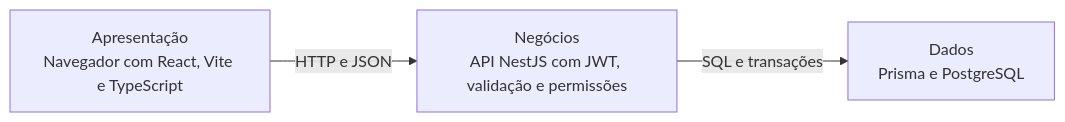
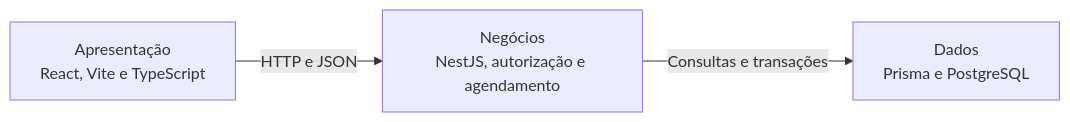
Before and after one commit to lucascp05/agenda-engenheiro-civil: the diagram in README.md, drawn with Mermaid. The commit also changed other lines of this file and 17 other files, not shown here.

````diff
--- a/README.md
+++ b/README.md
@@ -57,8 +44,8 @@
 ```mermaid
 flowchart LR
-  A["Apresentação<br/>Navegador com React, Vite e TypeScript"]
-  B["Negócios<br/>API NestJS com JWT, validação e permissões"]
+  A["Apresentação<br/>React, Vite e TypeScript"]
+  B["Negócios<br/>NestJS, autorização e agendamento"]
   C["Dados<br/>Prisma e PostgreSQL"]
   A -- "HTTP e JSON" --> B
-  B -- "SQL e transações" --> C
+  B -- "Consultas e transações" --> C
 ```
````
